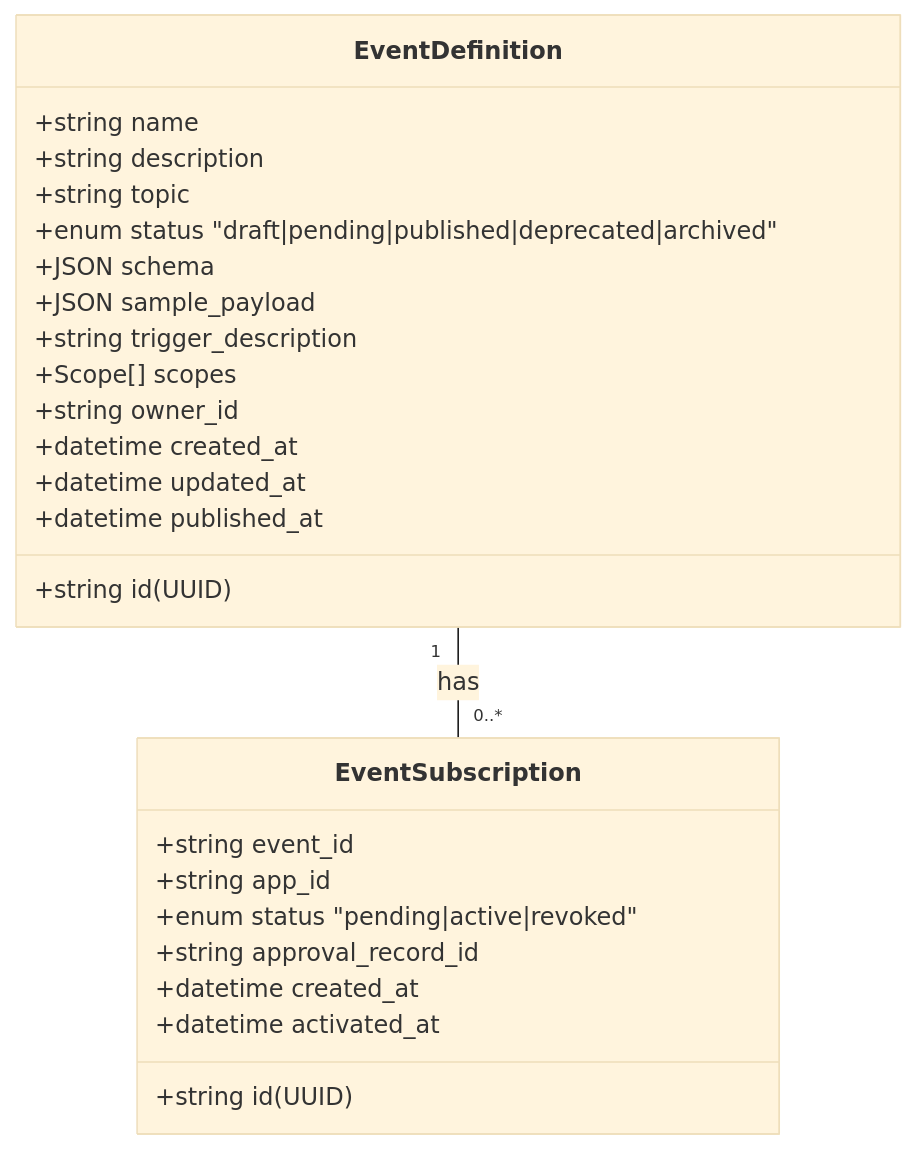
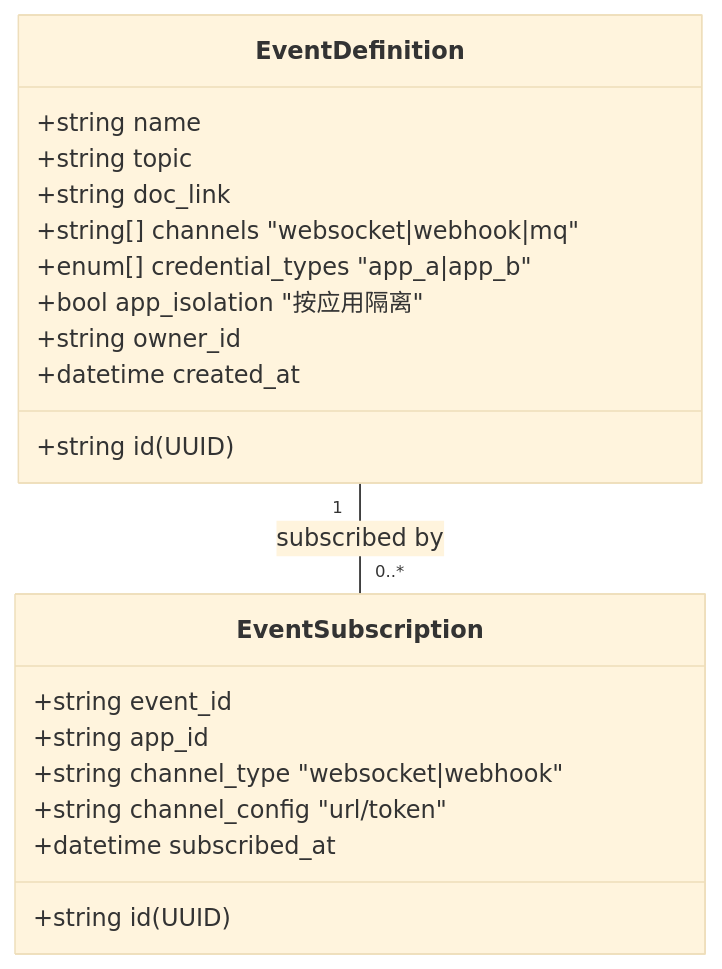
One commit to THZSummer/Product changed the sixth of 6 diagrams in open-app/.sdd/specs-tree-root/specs-tree-capability-open-platform/spec.md. Above: the diagram before and after it, drawn with Mermaid (base theme). The commit also changed other lines of this file, not shown here.

````diff
--- a/open-app/.sdd/specs-tree-root/specs-tree-capability-open-platform/spec.md
+++ b/open-app/.sdd/specs-tree-root/specs-tree-capability-open-platform/spec.md
@@ -425,30 +399,25 @@
 ```mermaid
 classDiagram
     class EventDefinition {
         +string id (UUID)
         +string name
-        +string description
         +string topic
-        +enum status "draft|pending|published|deprecated|archived"
-        +JSON schema
-        +JSON sample_payload
-        +string trigger_description
-        +Scope[] scopes
+        +string doc_link
+        +string[] channels "websocket|webhook|mq"
+        +enum[] credential_types "app_a|app_b"
+        +bool app_isolation "按应用隔离"
         +string owner_id
         +datetime created_at
-        +datetime updated_at
-        +datetime published_at
     }
     
     class EventSubscription {
         +string id (UUID)
         +string event_id
         +string app_id
-        +enum status "pending|active|revoked"
-        +string approval_record_id
-        +datetime created_at
-        +datetime activated_at
+        +string channel_type "websocket|webhook"
+        +string channel_config "url/token"
+        +datetime subscribed_at
     }
     
-    EventDefinition "1" -- "0..*" EventSubscription : has
+    EventDefinition "1" -- "0..*" EventSubscription : subscribed by
 ```
````
